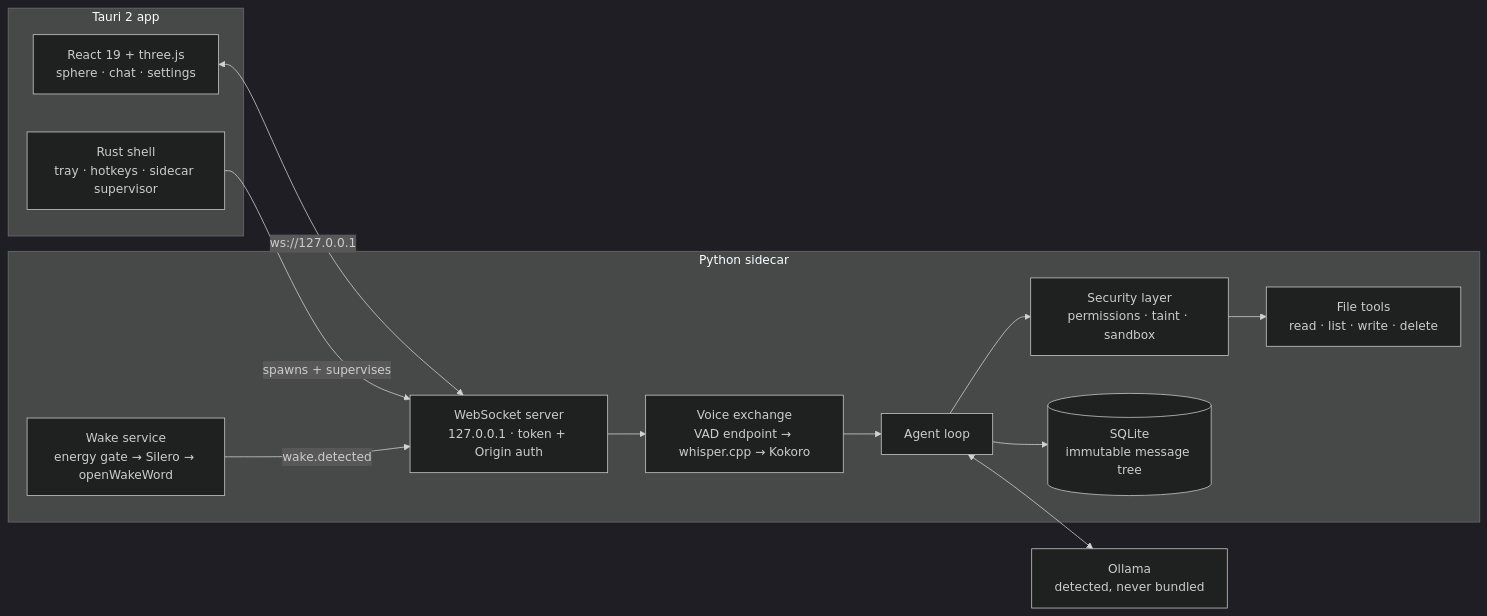
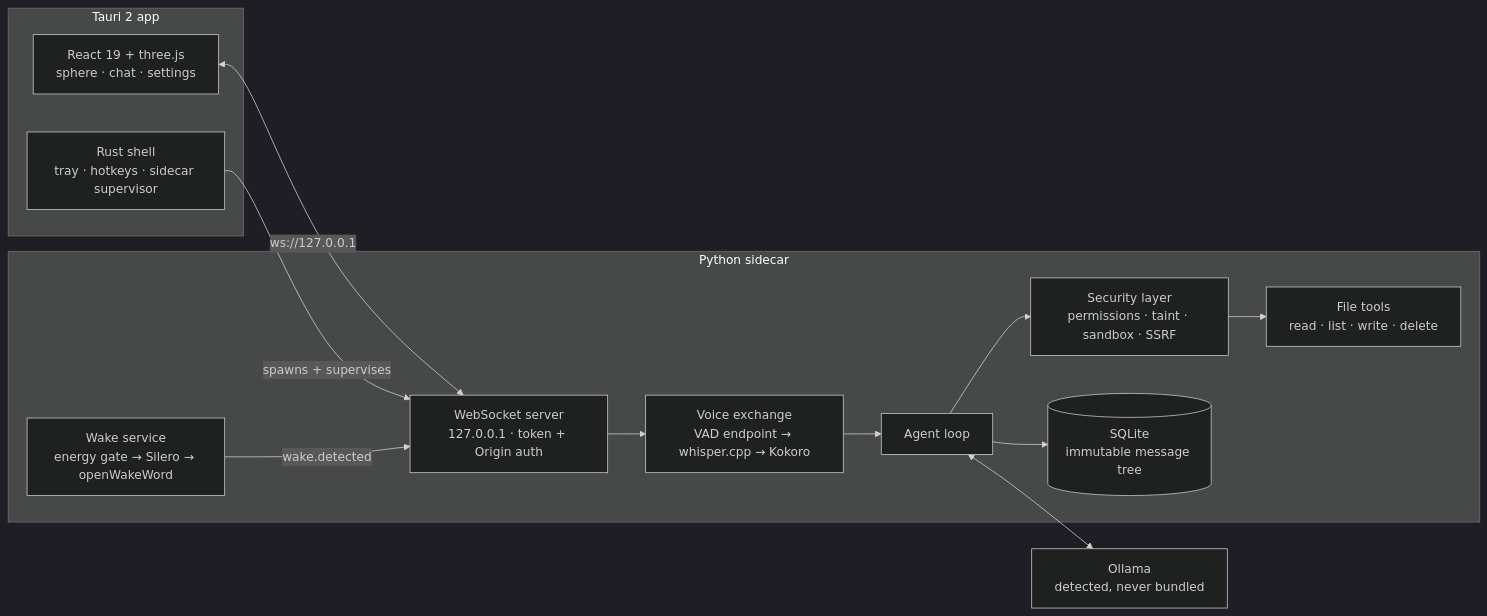
Before and after one commit to AayushSharma1003/jarvis: the diagram in README.md, drawn with Mermaid (dark theme). The commit also changed other lines of this file and 21 other files, not shown here.

````diff
--- a/README.md
+++ b/README.md
@@ -83,25 +85,25 @@
 ```mermaid
 flowchart LR
     subgraph app["Tauri 2 app"]
         UI["React 19 + three.js<br/>sphere · chat · settings"]
         RS["Rust shell<br/>tray · hotkeys · sidecar supervisor"]
     end
     subgraph py["Python sidecar"]
         WS["WebSocket server<br/>127.0.0.1 · token + Origin auth"]
         WAKE["Wake service<br/>energy gate → Silero → openWakeWord"]
         VOICE["Voice exchange<br/>VAD endpoint → whisper.cpp → Kokoro"]
         AG["Agent loop"]
-        SEC["Security layer<br/>permissions · taint · sandbox"]
+        SEC["Security layer<br/>permissions · taint · sandbox · SSRF"]
         TOOLS["File tools<br/>read · list · write · delete"]
         DB[("SQLite<br/>immutable message tree")]
     end
     OLLAMA["Ollama<br/>detected, never bundled"]
 
     UI <-->|"ws://127.0.0.1"| WS
     RS -->|spawns + supervises| WS
     WAKE -->|wake.detected| WS
     WS --> VOICE --> AG
     AG --> SEC --> TOOLS
     AG <--> OLLAMA
     AG --> DB
 ```
````
